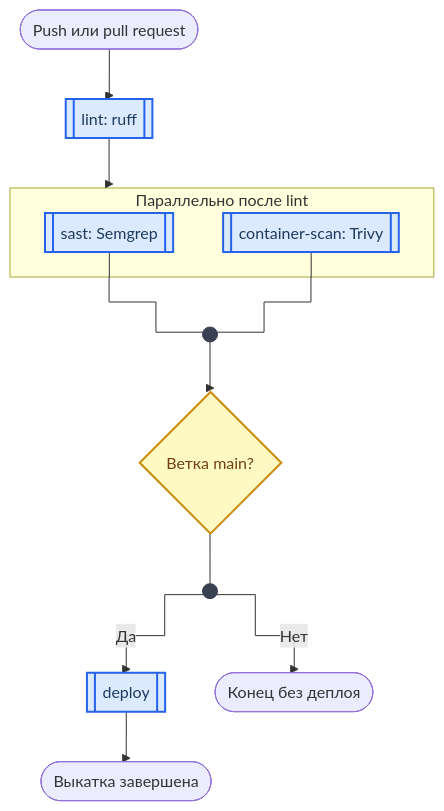
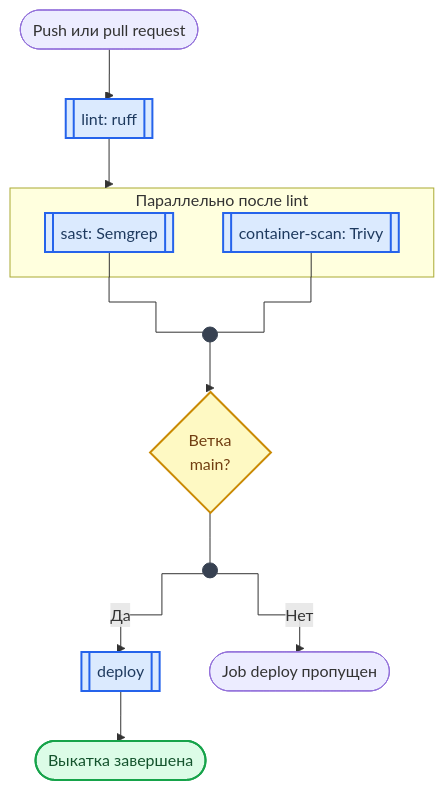
The second of 2 diagrams in labs/intro/cicd_basics.md (geminishkv/course_labs), drawn with Mermaid before and after one commit. The commit also changed other lines of this file and 3 other files, not shown here.

First line of the commit message:
docs(diagrams): rework lab diagrams for readability and GOST notation

````diff
--- a/labs/intro/cicd_basics.md
+++ b/labs/intro/cicd_basics.md
@@ -370,38 +375,41 @@
 ```mermaid
 %%{init: {"flowchart": {"curve": "step"}}}%%
 flowchart TB
     accTitle: Порядок jobs в DevSecOps-пайплайне
-    accDescr: Job lint запускается первым, после него параллельно идут sast и container-scan, а deploy стартует только когда обе проверки прошли и сборка идёт из ветки main.
+    accDescr: Job lint запускается первым, после него параллельно идут sast и container-scan, а deploy стартует только когда обе проверки прошли и сборка идёт из ветки main; иначе job deploy пропускается.
 
     trigger_push([Push или pull request])
     run_lint[[lint: ruff]]
 
     subgraph parallel_checks ["Параллельно после lint"]
         run_sast[[sast: Semgrep]]
         scan_container[[container-scan: Trivy]]
     end
 
     checks_join((" "))
-    is_main{Ветка main?}
+    is_main{"Ветка<br/>main?"}
     main_fork((" "))
     deploy_app[[deploy]]
-    no_deploy([Конец без деплоя])
     deploy_done([Выкатка завершена])
+    deploy_skipped([Job deploy пропущен])
 
     trigger_push --> run_lint
     run_lint --> parallel_checks
     run_sast --- checks_join
     scan_container --- checks_join
     checks_join --> is_main
     is_main --- main_fork
     main_fork -->|Да| deploy_app
-    main_fork -->|Нет| no_deploy
+    main_fork -->|Нет| deploy_skipped
     deploy_app --> deploy_done
 
-    classDef job fill:#dbeafe,stroke:#2563eb,stroke-width:2px,color:#1e3a5f
-    classDef decision fill:#fef9c3,stroke:#ca8a04,stroke-width:2px,color:#713f12
     classDef junction fill:#374151,stroke:#374151,stroke-width:1px,color:#374151,font-size:1px
-    class run_lint,run_sast,scan_container,deploy_app job
-    class is_main decision
+    classDef stage fill:#dbeafe,stroke:#2563eb,stroke-width:2px,color:#1e3a5f
+    classDef gate fill:#fef9c3,stroke:#ca8a04,stroke-width:2px,color:#713f12
+    classDef done fill:#dcfce7,stroke:#16a34a,stroke-width:2px,color:#14532d
+
     class checks_join,main_fork junction
+    class run_lint,run_sast,scan_container,deploy_app stage
+    class is_main gate
+    class deploy_done done
 ```
````
